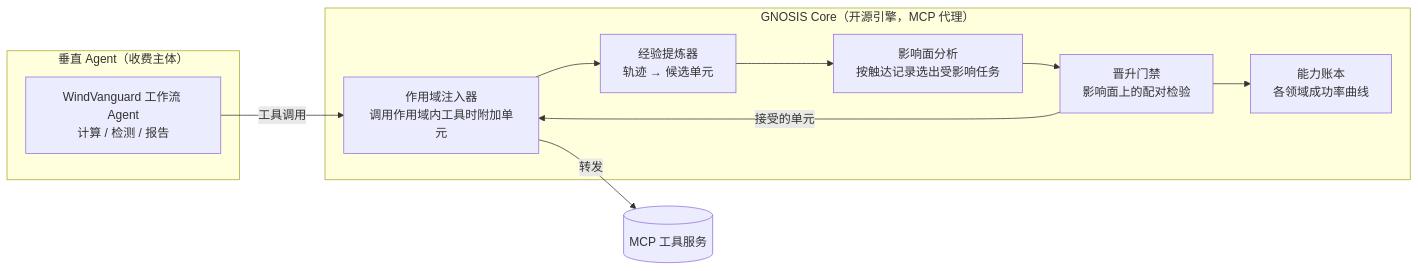
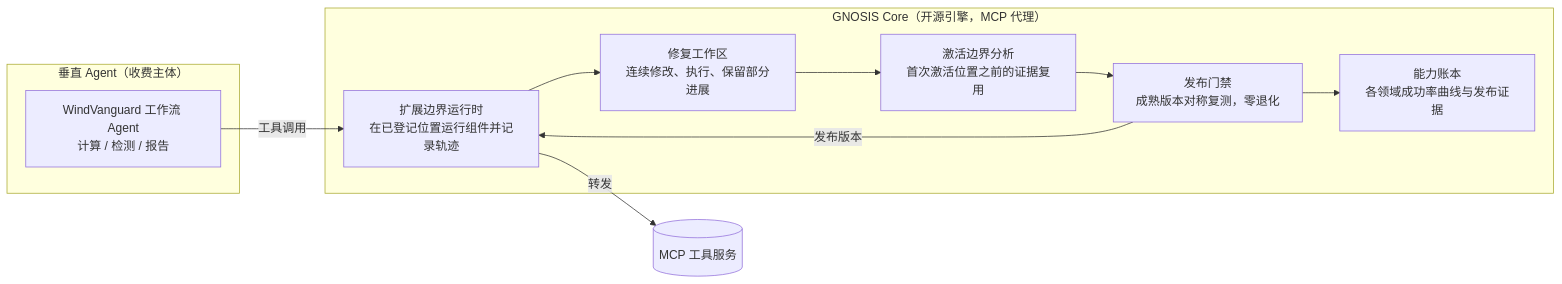
One commit to Jonah-Wu23/gnosis-agent changed the diagram in docs/GNOSIS-产品PRD.md. Above: the diagram before and after it, drawn with Mermaid. The commit also changed other lines of this file and 25 other files, not shown here.

````diff
--- a/docs/GNOSIS-产品PRD.md
+++ b/docs/GNOSIS-产品PRD.md
@@ -42,16 +43,16 @@
 ```mermaid
 flowchart LR
     subgraph 收费主体["垂直 Agent（收费主体）"]
         W[WindVanguard 工作流 Agent<br/>计算 / 检测 / 报告]
     end
     subgraph 引擎["GNOSIS Core（开源引擎，MCP 代理）"]
-        X[作用域注入器<br/>调用作用域内工具时附加单元]
-        E[经验提炼器<br/>轨迹 → 候选单元]
-        I[影响面分析<br/>按触达记录选出受影响任务]
-        G[晋升门禁<br/>影响面上的配对检验]
-        L[能力账本<br/>各领域成功率曲线]
+        X[扩展边界运行时<br/>在已登记位置运行组件并记录轨迹]
+        E[修复工作区<br/>连续修改、执行、保留部分进展]
+        I[激活边界分析<br/>首次激活位置之前的证据复用]
+        G[发布门禁<br/>成熟版本对称复测，零退化]
+        L[能力账本<br/>各领域成功率曲线与发布证据]
     end
     W -->|工具调用| X -->|转发| T[(MCP 工具服务)]
     X --> E --> I --> G --> L
-    G -->|接受的单元| X
+    G -->|发布版本| X
 ```
````
